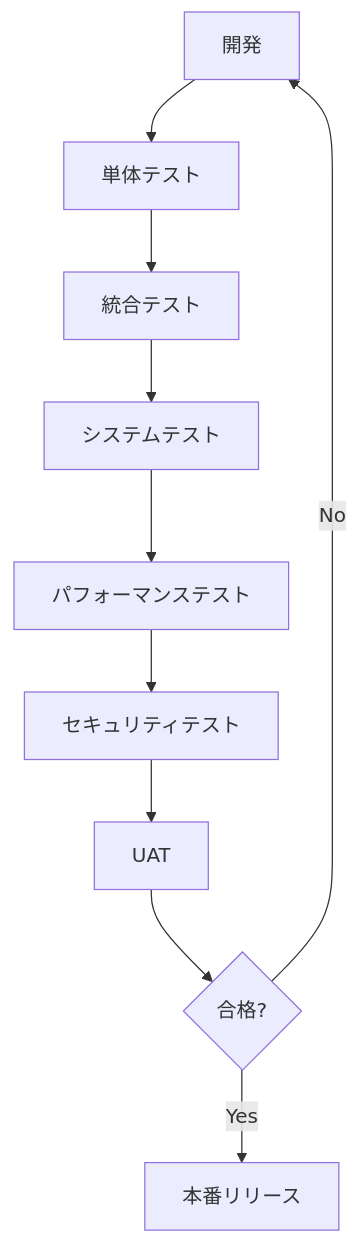
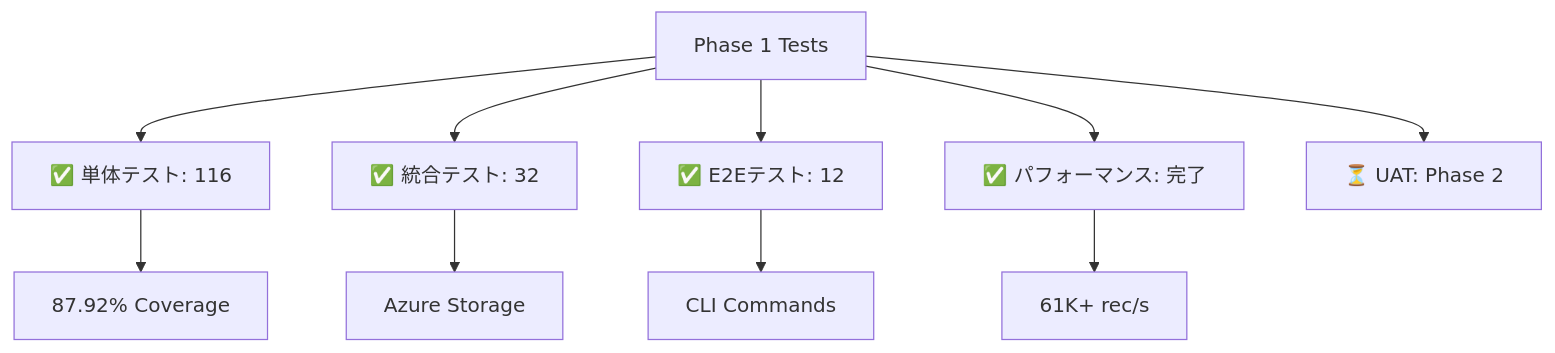
The first of 3 diagrams in docs/project/03_test_plan.md (nahisaho/SDS2Roster), drawn with Mermaid before and after one commit. The commit also changed other lines of this file and 2 other files, not shown here.

First line of the commit message:
docs: Update project management documents to reflect Phase 1 completion

````diff
--- a/docs/project/03_test_plan.md
+++ b/docs/project/03_test_plan.md
@@ -47,12 +49,13 @@
 ```mermaid
 graph TD
-    A[開発] --> B[単体テスト]
-    B --> C[統合テスト]
-    C --> D[システムテスト]
-    D --> E[パフォーマンステスト]
-    E --> F[セキュリティテスト]
-    F --> G[UAT]
-    G --> H{合格?}
-    H -->|Yes| I[本番リリース]
-    H -->|No| A
+    A[Phase 1 Tests] --> B[✅ 単体テスト: 116]
+    A --> C[✅ 統合テスト: 32]
+    A --> D[✅ E2Eテスト: 12]
+    A --> E[✅ パフォーマンス: 完了]
+    A --> F[⏳ UAT: Phase 2]
+    
+    B --> B1[87.92% Coverage]
+    C --> C1[Azure Storage]
+    D --> D1[CLI Commands]
+    E --> E1[61K+ rec/s]
 ```
````
